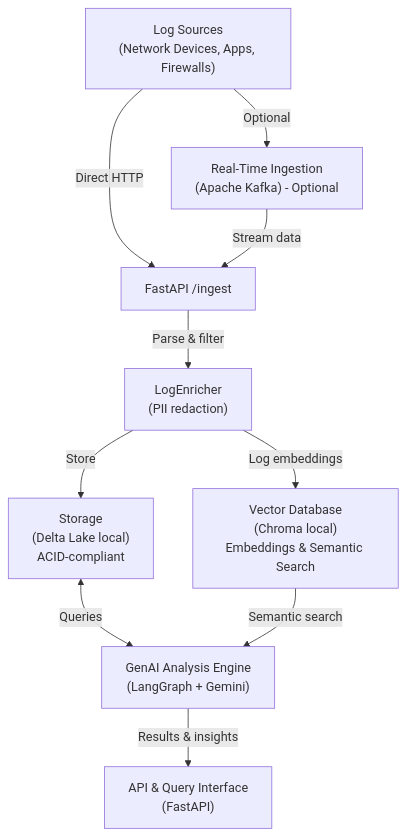
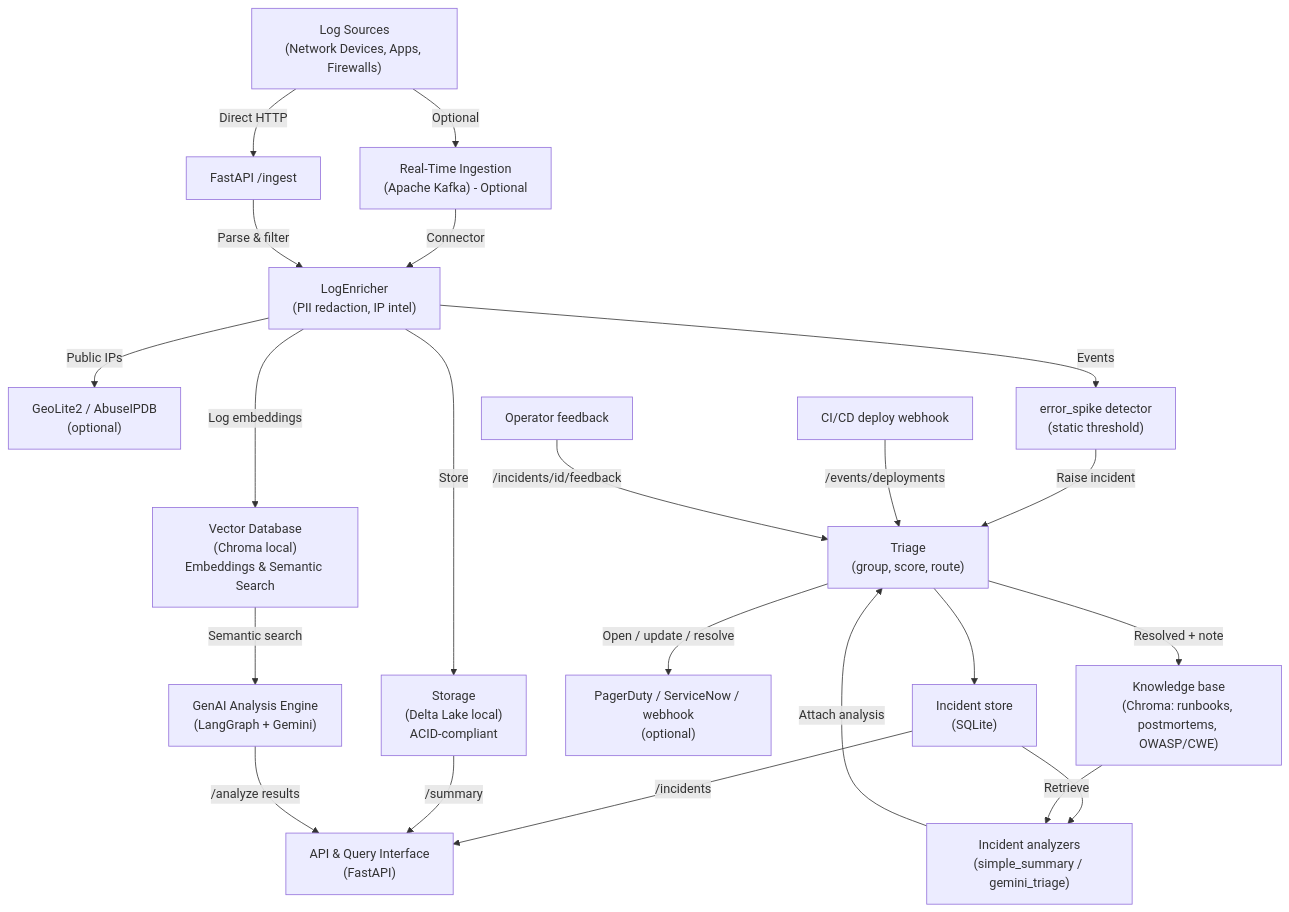
Before and after one commit to dsid271/serverless-genai-log-analyzer: the diagram in README.md, drawn with Mermaid. The commit also changed other lines of this file and 9 other files, not shown here.

````diff
--- a/README.md
+++ b/README.md
@@ -23,21 +46,43 @@
 ```mermaid
 graph TB
     LogSources[" Log Sources<br/>(Network Devices, Apps, Firewalls)"]
     Kafka[" Real-Time Ingestion<br/>(Apache Kafka) - Optional"]
     FastAPI[" FastAPI /ingest"]
-    Enricher[" LogEnricher<br/>(PII redaction)"]
+    Enricher[" LogEnricher<br/>(PII redaction, IP intel)"]
     DeltaLake[" Storage<br/>(Delta Lake local)<br/>ACID-compliant"]
     VectorDB[" Vector Database<br/>(Chroma local)<br/>Embeddings & Semantic Search"]
     GenAI[" GenAI Analysis Engine<br/>(LangGraph + Gemini)"]
     API[" API & Query Interface<br/>(FastAPI)"]
     
+    IpIntel["GeoLite2 / AbuseIPDB<br/>(optional)"]
+    Tickets["PagerDuty / ServiceNow / webhook<br/>(optional)"]
+    Detector["error_spike detector<br/>(static threshold)"]
+    Triage["Triage<br/>(group, score, route)"]
+    Incidents["Incident store<br/>(SQLite)"]
+    Analyzers["Incident analyzers<br/>(simple_summary / gemini_triage)"]
+    Knowledge["Knowledge base<br/>(Chroma: runbooks, postmortems, OWASP/CWE)"]
+    CICD["CI/CD deploy webhook"]
+    Operators["Operator feedback"]
+
     LogSources -->|Optional| Kafka
     LogSources -->|Direct HTTP| FastAPI
-    Kafka -->|Stream data| FastAPI
+    Kafka -->|Connector| Enricher
     FastAPI -->|Parse & filter| Enricher
+    Enricher -->|Public IPs| IpIntel
     Enricher -->|Store| DeltaLake
     Enricher -->|Log embeddings| VectorDB
-    DeltaLake <-->|Queries| GenAI
+    Enricher -->|Events| Detector
+    Detector -->|Raise incident| Triage
+    Triage --> Incidents
+    Triage -->|Open / update / resolve| Tickets
+    CICD -->|/events/deployments| Triage
+    Operators -->|/incidents/id/feedback| Triage
+    Triage -->|Resolved + note| Knowledge
+    Incidents --> Analyzers
+    Knowledge -->|Retrieve| Analyzers
+    Analyzers -->|Attach analysis| Triage
+    Incidents -->|/incidents| API
+    DeltaLake -->|/summary| API
     VectorDB -->|Semantic search| GenAI
-    GenAI -->|Results & insights| API
+    GenAI -->|/analyze results| API
 ```
````
